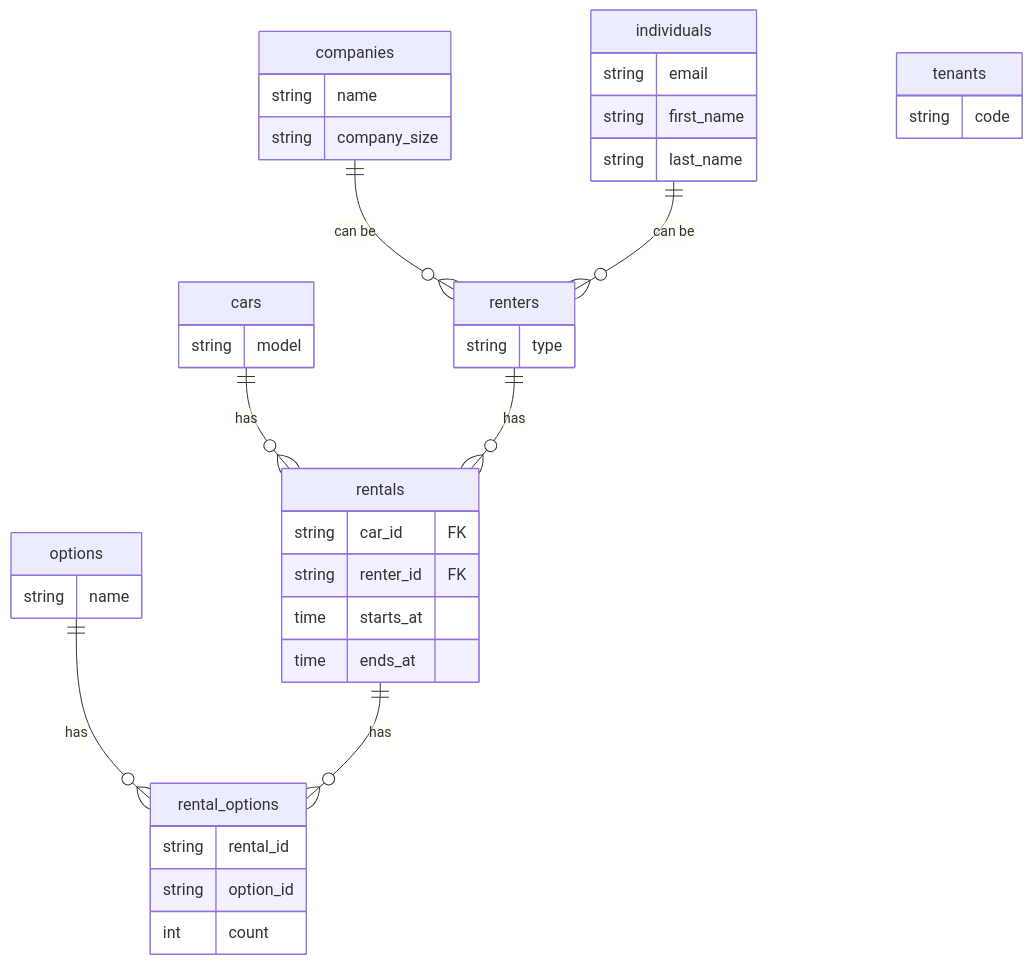
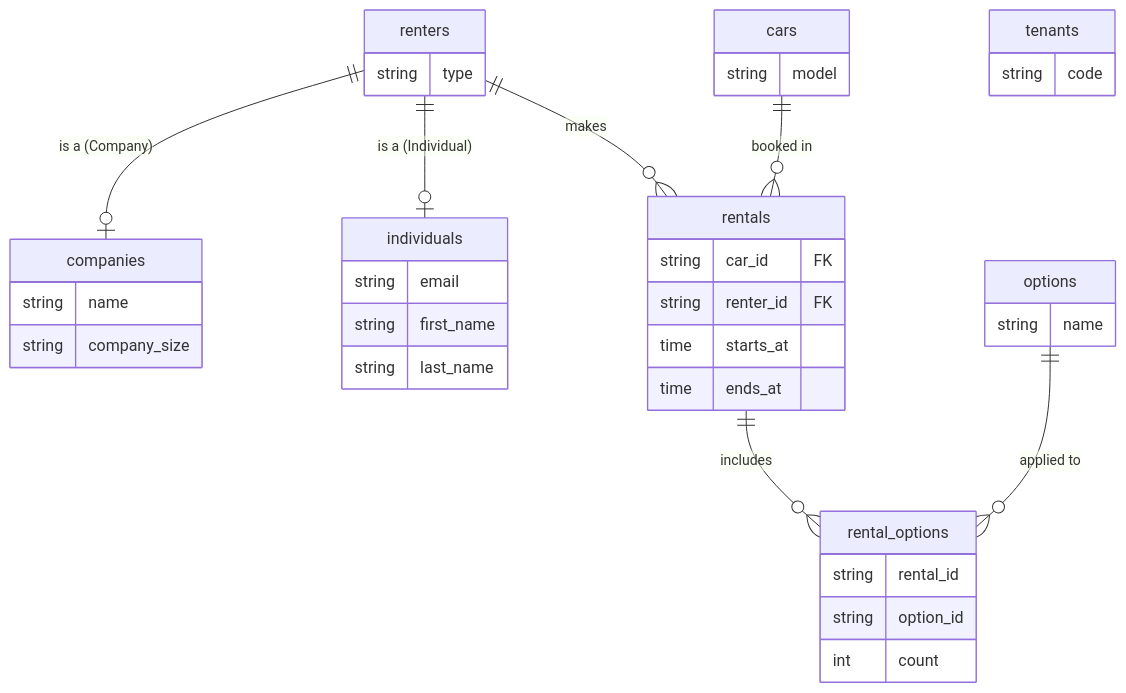
One commit to jp-ryuji/go-arch-patterns changed the first of 2 diagrams in docs/er-diagram.md. Above: the diagram before and after it, drawn with Mermaid. The commit also changed other lines of this file, not shown here.

Commit message:
fix er-diagram.md on CTI

````diff
--- a/docs/er-diagram.md
+++ b/docs/er-diagram.md
@@ -13,49 +13,49 @@
 ```mermaid
 erDiagram
-    companies ||--o{ renters : "can be"
-    individuals ||--o{ renters : "can be"
-    cars ||--o{ rentals : has
-    renters ||--o{ rentals : has
-    options ||--o{ rental_options : has
-    rentals ||--o{ rental_options : has
+    renters ||--o| companies : "is a (Company)"
+    renters ||--o| individuals : "is a (Individual)"
+    cars ||--o{ rentals : "booked in"
+    renters ||--o{ rentals : "makes"
+    rentals ||--o{ rental_options : "includes"
+    options ||--o{ rental_options : "applied to"
 
     tenants {
         string code
     }
 
     companies {
         string name
         string company_size
     }
 
     individuals {
         string email
         string first_name
         string last_name
     }
 
     renters {
         string type
     }
 
     cars {
         string model
     }
 
     rentals {
         string car_id "FK"
         string renter_id "FK"
         time starts_at
         time ends_at
     }
 
     options {
         string name
     }
 
     rental_options {
         string rental_id
         string option_id
         int count
     }
 ```
````
